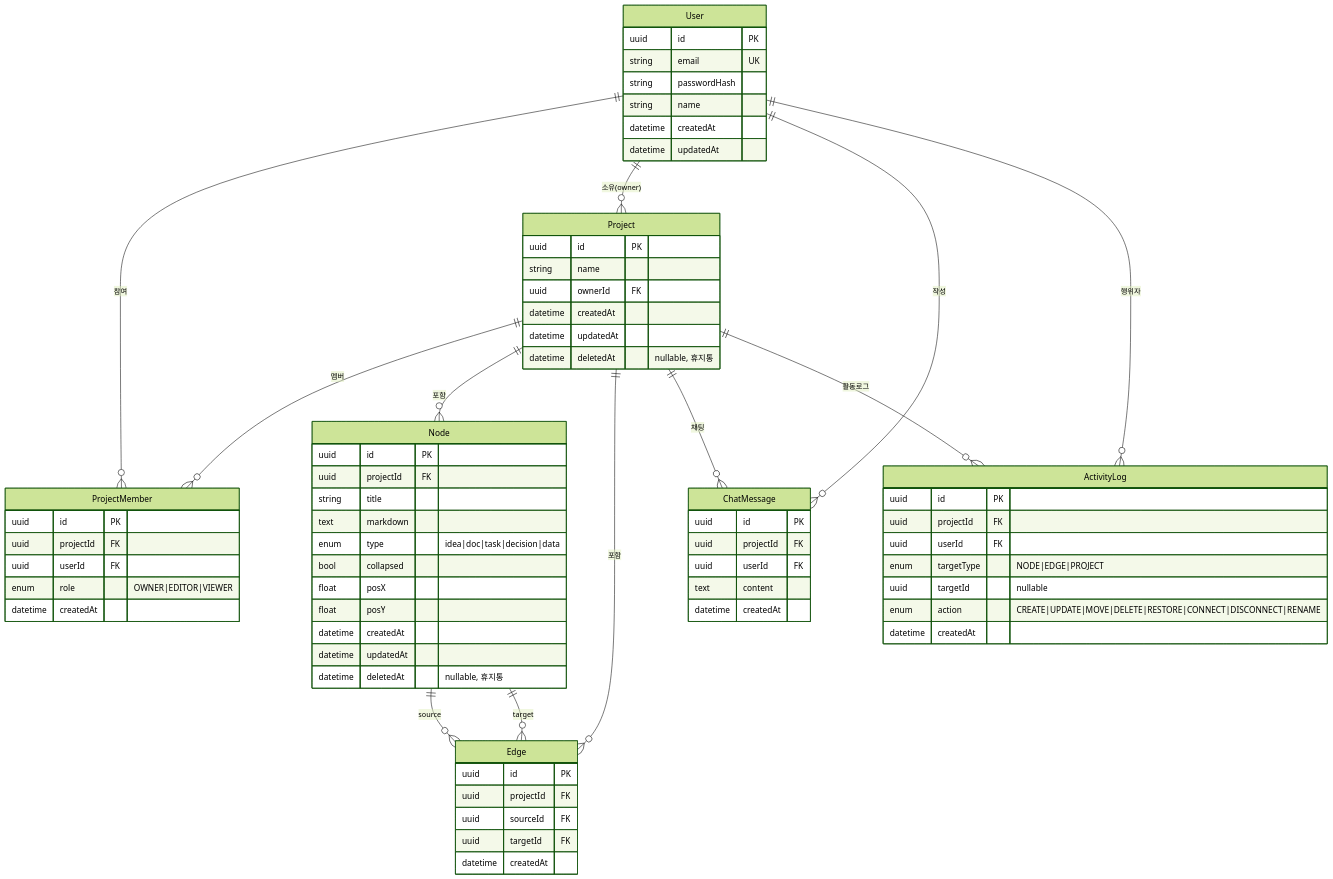
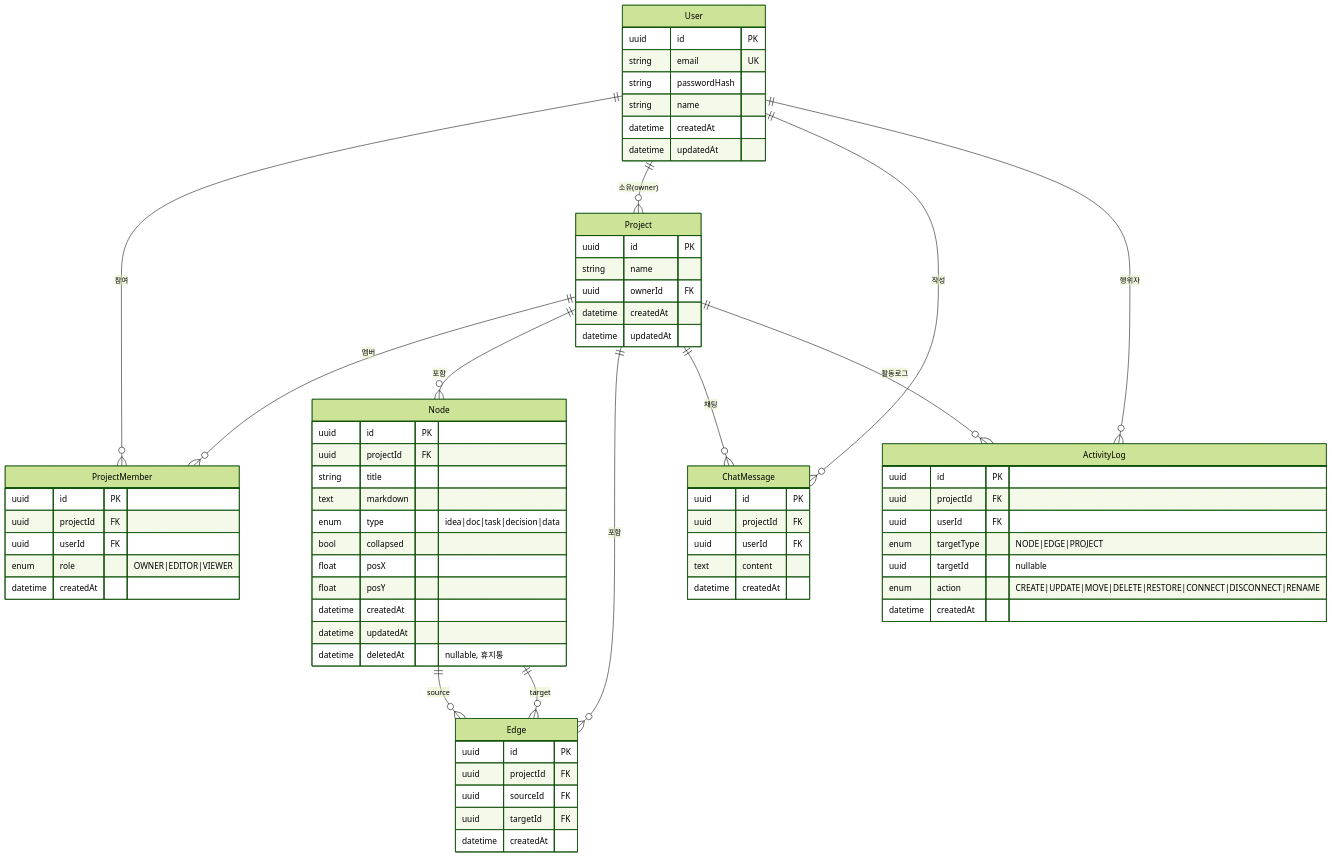
The diagram in Docs/08-ERD.md (Kosta-Ieum/MarkFlow), drawn with Mermaid (forest theme) before and after one commit. The commit also changed other lines of this file and 26 other files, not shown here.

````diff
--- a/Docs/08-ERD.md
+++ b/Docs/08-ERD.md
@@ -32,74 +32,73 @@
 ```mermaid
 erDiagram
   User ||--o{ ProjectMember : "참여"
   User ||--o{ Project : "소유(owner)"
   Project ||--o{ ProjectMember : "멤버"
   Project ||--o{ Node : "포함"
   Project ||--o{ Edge : "포함"
   Project ||--o{ ChatMessage : "채팅"
   User ||--o{ ChatMessage : "작성"
   Node ||--o{ Edge : "source"
   Node ||--o{ Edge : "target"
   Project ||--o{ ActivityLog : "활동로그"
   User ||--o{ ActivityLog : "행위자"
 
   User {
     uuid   id PK
     string email UK
     string passwordHash
     string name
     datetime createdAt
     datetime updatedAt
   }
   Project {
     uuid   id PK
     string name
     uuid   ownerId FK
     datetime createdAt
     datetime updatedAt
-    datetime deletedAt "nullable, 휴지통"
   }
   ProjectMember {
     uuid   id PK
     uuid   projectId FK
     uuid   userId FK
     enum   role "OWNER|EDITOR|VIEWER"
     datetime createdAt
   }
   Node {
     uuid   id PK
     uuid   projectId FK
     string title
     text   markdown
     enum   type "idea|doc|task|decision|data"
     bool   collapsed
     float  posX
     float  posY
     datetime createdAt
     datetime updatedAt
     datetime deletedAt "nullable, 휴지통"
   }
   Edge {
     uuid   id PK
     uuid   projectId FK
     uuid   sourceId FK
     uuid   targetId FK
     datetime createdAt
   }
   ChatMessage {
     uuid   id PK
     uuid   projectId FK
     uuid   userId FK
     text   content
     datetime createdAt
   }
   ActivityLog {
     uuid   id PK
     uuid   projectId FK
     uuid   userId FK
     enum   targetType "NODE|EDGE|PROJECT"
     uuid   targetId "nullable"
     enum   action "CREATE|UPDATE|MOVE|DELETE|RESTORE|CONNECT|DISCONNECT|RENAME"
     datetime createdAt
   }
 ```
````
